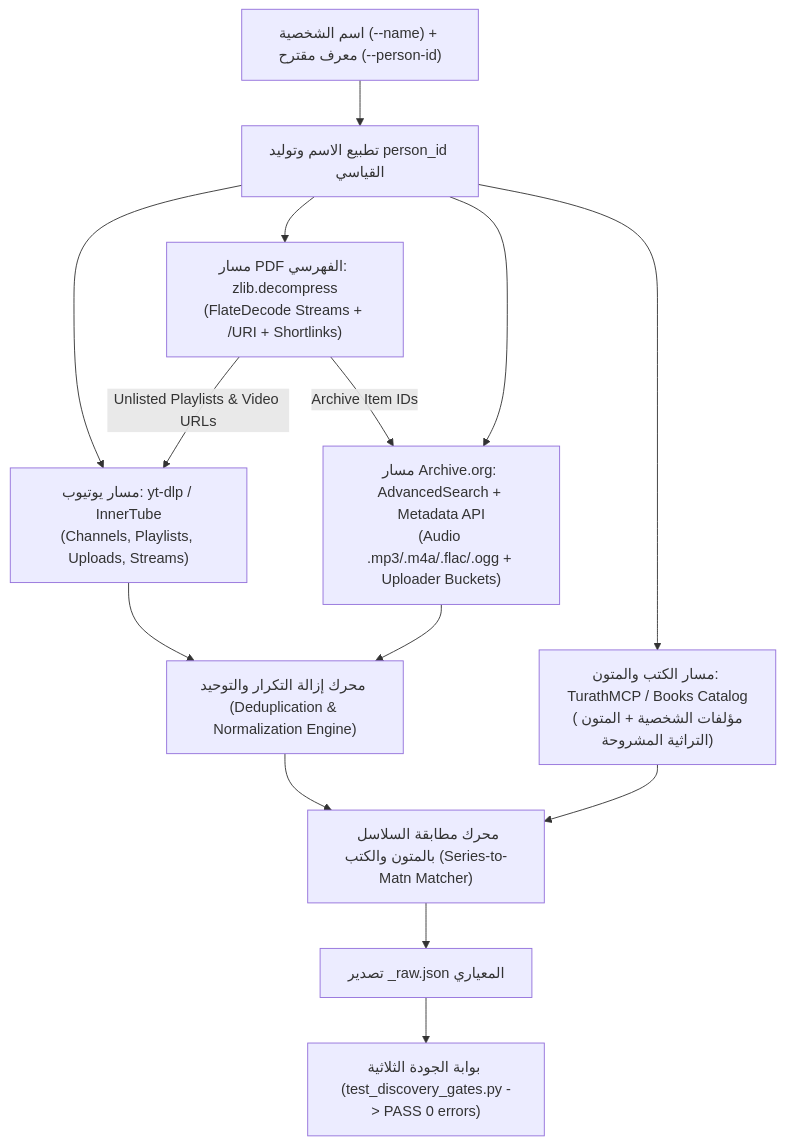
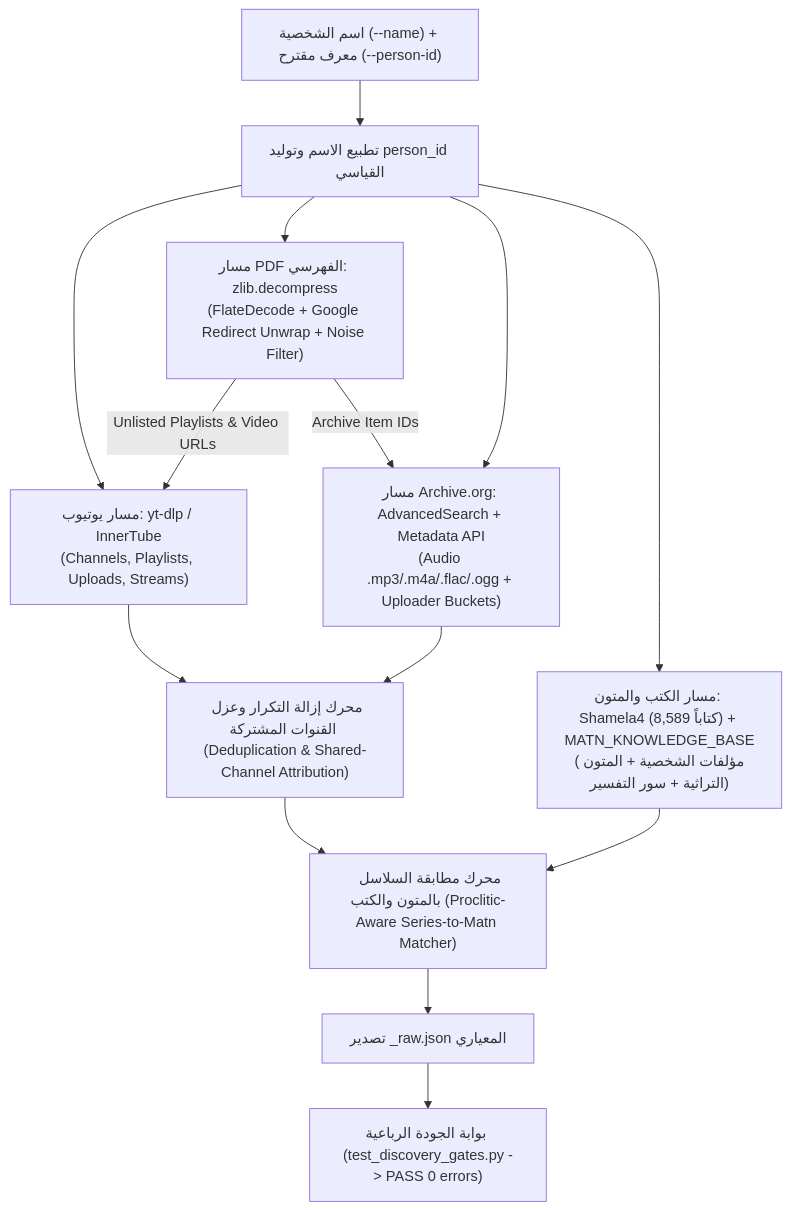
The diagram in person-discovery-intake/SKILL.md (medmrf-10/SKILLS), drawn with Mermaid before and after one commit. The commit also changed other lines of this file and 6 other files, not shown here.

Commit message:
feat(person-discovery-intake): complete Cycle 2 real-data fixes, Shamela4 8589-book index, and Gate 4 regression suite

````diff
--- a/person-discovery-intake/SKILL.md
+++ b/person-discovery-intake/SKILL.md
@@ -44,16 +44,16 @@
 ```mermaid
 flowchart TD
     A["اسم الشخصية (--name) + معرف مقترح (--person-id)"] --> B["تطبيع الاسم وتوليد person_id القياسي"]
     B --> C1["مسار يوتيوب: yt-dlp / InnerTube\n(Channels, Playlists, Uploads, Streams)"]
-    B --> C2["مسار PDF الفهرسي: zlib.decompress\n(FlateDecode Streams + /URI + Shortlinks)"]
+    B --> C2["مسار PDF الفهرسي: zlib.decompress\n(FlateDecode + Google Redirect Unwrap + Noise Filter)"]
     B --> C3["مسار Archive.org: AdvancedSearch + Metadata API\n(Audio .mp3/.m4a/.flac/.ogg + Uploader Buckets)"]
-    B --> C4["مسار الكتب والمتون: TurathMCP / Books Catalog\n(مؤلفات الشخصية + المتون التراثية المشروحة)"]
+    B --> C4["مسار الكتب والمتون: Shamela4 (8,589 كتاباً) + MATN_KNOWLEDGE_BASE\n(مؤلفات الشخصية + المتون التراثية + سور التفسير)"]
     C2 -->|"Unlisted Playlists & Video URLs"| C1
     C2 -->|"Archive Item IDs"| C3
-    C1 --> D["محرك إزالة التكرار والتوحيد (Deduplication & Normalization Engine)"]
+    C1 --> D["محرك إزالة التكرار وعزل القنوات المشتركة (Deduplication & Shared-Channel Attribution)"]
     C3 --> D
-    C4 --> E["محرك مطابقة السلاسل بالمتون والكتب (Series-to-Matn Matcher)"]
+    C4 --> E["محرك مطابقة السلاسل بالمتون والكتب (Proclitic-Aware Series-to-Matn Matcher)"]
     D --> E
     E --> F["تصدير <person_id>_raw.json المعياري"]
-    F --> G["بوابة الجودة الثلاثية (test_discovery_gates.py -> PASS 0 errors)"]
+    F --> G["بوابة الجودة الرباعية (test_discovery_gates.py -> PASS 0 errors)"]
 ```
````
